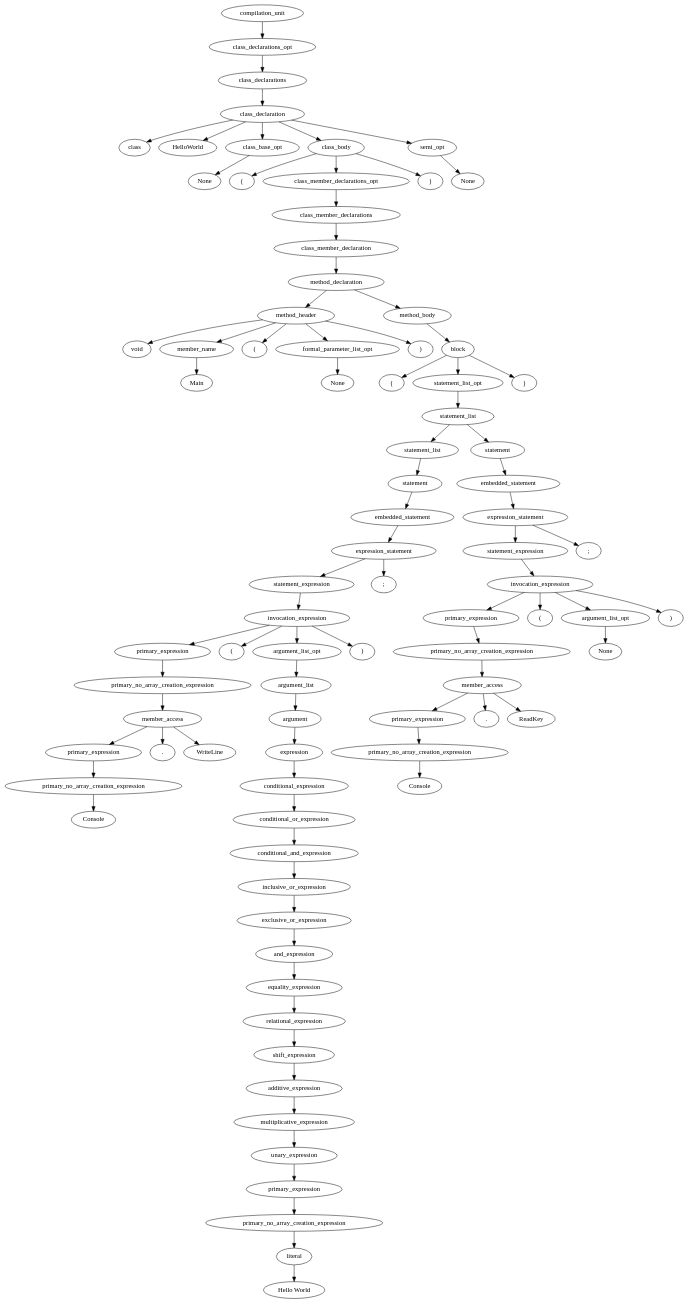
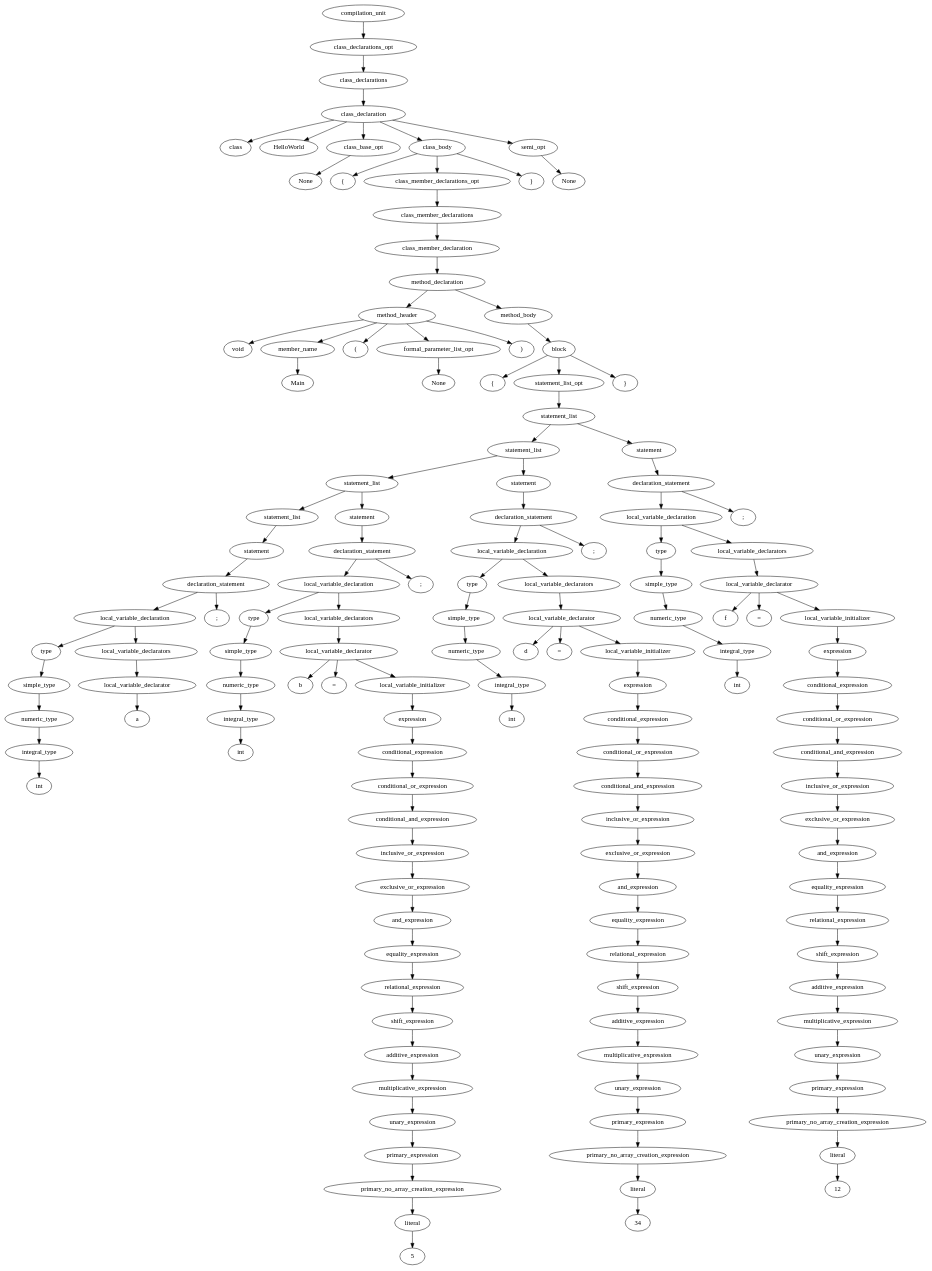
One commit to apeeyush/compiler changed the diagram in test.dot. Above: the diagram before and after it, drawn with Graphviz. The commit also changed 4 other files, not shown here.

```diff
--- a/test.dot
+++ b/test.dot
@@ -35,47 +35,76 @@
 id25[label="statement_list_opt"];
 id26[label="statement_list"];
 id27[label="statement_list"];
-id28[label="statement"];
-id29[label="embedded_statement"];
-id30[label="expression_statement"];
-id31[label="statement_expression"];
-id32[label="invocation_expression"];
-id33[label="primary_expression"];
-id34[label="primary_no_array_creation_expression"];
-id35[label="member_access"];
-id36[label="primary_expression"];
-id37[label="primary_no_array_creation_expression"];
-id38[label="Console"];
-id37->id38;
+id28[label="statement_list"];
+id29[label="statement_list"];
+id30[label="statement"];
+id31[label="declaration_statement"];
+id32[label="local_variable_declaration"];
+id33[label="type"];
+id34[label="simple_type"];
+id35[label="numeric_type"];
+id36[label="integral_type"];
+id37[label="int"];
 id36->id37;
-id39[label="."];
-id40[label="WriteLine"];
 id35->id36;
-id35->id39;
-id35->id40;
 id34->id35;
 id33->id34;
-id41[label="("];
-id42[label="argument_list_opt"];
-id43[label="argument_list"];
-id44[label="argument"];
-id45[label="expression"];
-id46[label="conditional_expression"];
-id47[label="conditional_or_expression"];
-id48[label="conditional_and_expression"];
-id49[label="inclusive_or_expression"];
-id50[label="exclusive_or_expression"];
-id51[label="and_expression"];
-id52[label="equality_expression"];
-id53[label="relational_expression"];
-id54[label="shift_expression"];
-id55[label="additive_expression"];
-id56[label="multiplicative_expression"];
-id57[label="unary_expression"];
-id58[label="primary_expression"];
-id59[label="primary_no_array_creation_expression"];
-id60[label="literal"];
-id61[label="Hello World"];
+id38[label="local_variable_declarators"];
+id39[label="local_variable_declarator"];
+id40[label="a"];
+id39->id40;
+id38->id39;
+id32->id33;
+id32->id38;
+id41[label=";"];
+id31->id32;
+id31->id41;
+id30->id31;
+id29->id30;
+id42[label="statement"];
+id43[label="declaration_statement"];
+id44[label="local_variable_declaration"];
+id45[label="type"];
+id46[label="simple_type"];
+id47[label="numeric_type"];
+id48[label="integral_type"];
+id49[label="int"];
+id48->id49;
+id47->id48;
+id46->id47;
+id45->id46;
+id50[label="local_variable_declarators"];
+id51[label="local_variable_declarator"];
+id52[label="b"];
+id53[label="="];
+id54[label="local_variable_initializer"];
+id55[label="expression"];
+id56[label="conditional_expression"];
+id57[label="conditional_or_expression"];
+id58[label="conditional_and_expression"];
+id59[label="inclusive_or_expression"];
+id60[label="exclusive_or_expression"];
+id61[label="and_expression"];
+id62[label="equality_expression"];
+id63[label="relational_expression"];
+id64[label="shift_expression"];
+id65[label="additive_expression"];
+id66[label="multiplicative_expression"];
+id67[label="unary_expression"];
+id68[label="primary_expression"];
+id69[label="primary_no_array_creation_expression"];
+id70[label="literal"];
+id71[label="5"];
+id70->id71;
+id69->id70;
+id68->id69;
+id67->id68;
+id66->id67;
+id65->id66;
+id64->id65;
+id63->id64;
+id62->id63;
+id61->id62;
 id60->id61;
 id59->id60;
 id58->id59;
@@ -83,90 +112,167 @@
 id56->id57;
 id55->id56;
 id54->id55;
-id53->id54;
-id52->id53;
 id51->id52;
+id51->id53;
+id51->id54;
 id50->id51;
-id49->id50;
-id48->id49;
-id47->id48;
-id46->id47;
-id45->id46;
 id44->id45;
+id44->id50;
+id72[label=";"];
 id43->id44;
+id43->id72;
 id42->id43;
-id62[label=")"];
-id32->id33;
-id32->id41;
-id32->id42;
-id32->id62;
-id31->id32;
-id63[label=";"];
-id30->id31;
-id30->id63;
-id29->id30;
 id28->id29;
+id28->id42;
+id73[label="statement"];
+id74[label="declaration_statement"];
+id75[label="local_variable_declaration"];
+id76[label="type"];
+id77[label="simple_type"];
+id78[label="numeric_type"];
+id79[label="integral_type"];
+id80[label="int"];
+id79->id80;
+id78->id79;
+id77->id78;
+id76->id77;
+id81[label="local_variable_declarators"];
+id82[label="local_variable_declarator"];
+id83[label="d"];
+id84[label="="];
+id85[label="local_variable_initializer"];
+id86[label="expression"];
+id87[label="conditional_expression"];
+id88[label="conditional_or_expression"];
+id89[label="conditional_and_expression"];
+id90[label="inclusive_or_expression"];
+id91[label="exclusive_or_expression"];
+id92[label="and_expression"];
+id93[label="equality_expression"];
+id94[label="relational_expression"];
+id95[label="shift_expression"];
+id96[label="additive_expression"];
+id97[label="multiplicative_expression"];
+id98[label="unary_expression"];
+id99[label="primary_expression"];
+id100[label="primary_no_array_creation_expression"];
+id101[label="literal"];
+id102[label="34"];
+id101->id102;
+id100->id101;
+id99->id100;
+id98->id99;
+id97->id98;
+id96->id97;
+id95->id96;
+id94->id95;
+id93->id94;
+id92->id93;
+id91->id92;
+id90->id91;
+id89->id90;
+id88->id89;
+id87->id88;
+id86->id87;
+id85->id86;
+id82->id83;
+id82->id84;
+id82->id85;
+id81->id82;
+id75->id76;
+id75->id81;
+id103[label=";"];
+id74->id75;
+id74->id103;
+id73->id74;
 id27->id28;
-id64[label="statement"];
-id65[label="embedded_statement"];
-id66[label="expression_statement"];
-id67[label="statement_expression"];
-id68[label="invocation_expression"];
-id69[label="primary_expression"];
-id70[label="primary_no_array_creation_expression"];
-id71[label="member_access"];
-id72[label="primary_expression"];
-id73[label="primary_no_array_creation_expression"];
-id74[label="Console"];
-id73->id74;
-id72->id73;
-id75[label="."];
-id76[label="ReadKey"];
-id71->id72;
-id71->id75;
-id71->id76;
-id70->id71;
-id69->id70;
-id77[label="("];
-id78[label="argument_list_opt"];
-id79[label="None"];
-id78->id79;
-id80[label=")"];
-id68->id69;
-id68->id77;
-id68->id78;
-id68->id80;
-id67->id68;
-id81[label=";"];
-id66->id67;
-id66->id81;
-id65->id66;
-id64->id65;
+id27->id73;
+id104[label="statement"];
+id105[label="declaration_statement"];
+id106[label="local_variable_declaration"];
+id107[label="type"];
+id108[label="simple_type"];
+id109[label="numeric_type"];
+id110[label="integral_type"];
+id111[label="int"];
+id110->id111;
+id109->id110;
+id108->id109;
+id107->id108;
+id112[label="local_variable_declarators"];
+id113[label="local_variable_declarator"];
+id114[label="f"];
+id115[label="="];
+id116[label="local_variable_initializer"];
+id117[label="expression"];
+id118[label="conditional_expression"];
+id119[label="conditional_or_expression"];
+id120[label="conditional_and_expression"];
+id121[label="inclusive_or_expression"];
+id122[label="exclusive_or_expression"];
+id123[label="and_expression"];
+id124[label="equality_expression"];
+id125[label="relational_expression"];
+id126[label="shift_expression"];
+id127[label="additive_expression"];
+id128[label="multiplicative_expression"];
+id129[label="unary_expression"];
+id130[label="primary_expression"];
+id131[label="primary_no_array_creation_expression"];
+id132[label="literal"];
+id133[label="12"];
+id132->id133;
+id131->id132;
+id130->id131;
+id129->id130;
+id128->id129;
+id127->id128;
+id126->id127;
+id125->id126;
+id124->id125;
+id123->id124;
+id122->id123;
+id121->id122;
+id120->id121;
+id119->id120;
+id118->id119;
+id117->id118;
+id116->id117;
+id113->id114;
+id113->id115;
+id113->id116;
+id112->id113;
+id106->id107;
+id106->id112;
+id134[label=";"];
+id105->id106;
+id105->id134;
+id104->id105;
 id26->id27;
-id26->id64;
+id26->id104;
 id25->id26;
-id82[label="}"];
+id135[label="}"];
 id23->id24;
 id23->id25;
-id23->id82;
+id23->id135;
 id22->id23;
 id13->id14;
 id13->id22;
 id12->id13;
 id11->id12;
 id10->id11;
-id83[label="}"];
+id136[label="}"];
 id8->id9;
 id8->id10;
-id8->id83;
-id84[label="semi_opt"];
-id85[label="None"];
-id84->id85;
+id8->id136;
+id137[label="semi_opt"];
+id138[label="None"];
+id137->id138;
 id3->id4;
 id3->id5;
 id3->id6;
 id3->id8;
-id3->id84;
+id3->id137;
 id2->id3;
 id1->id2;
 id0->id1;
```
